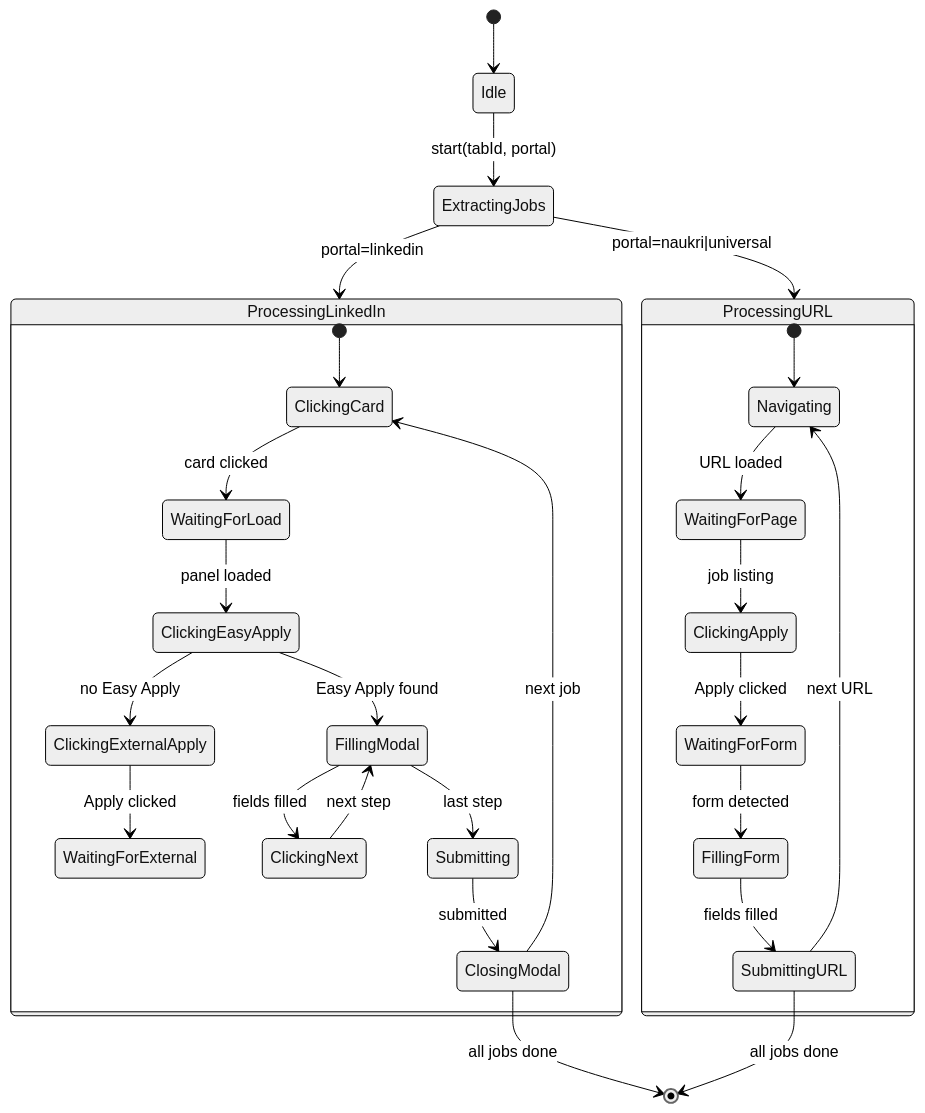
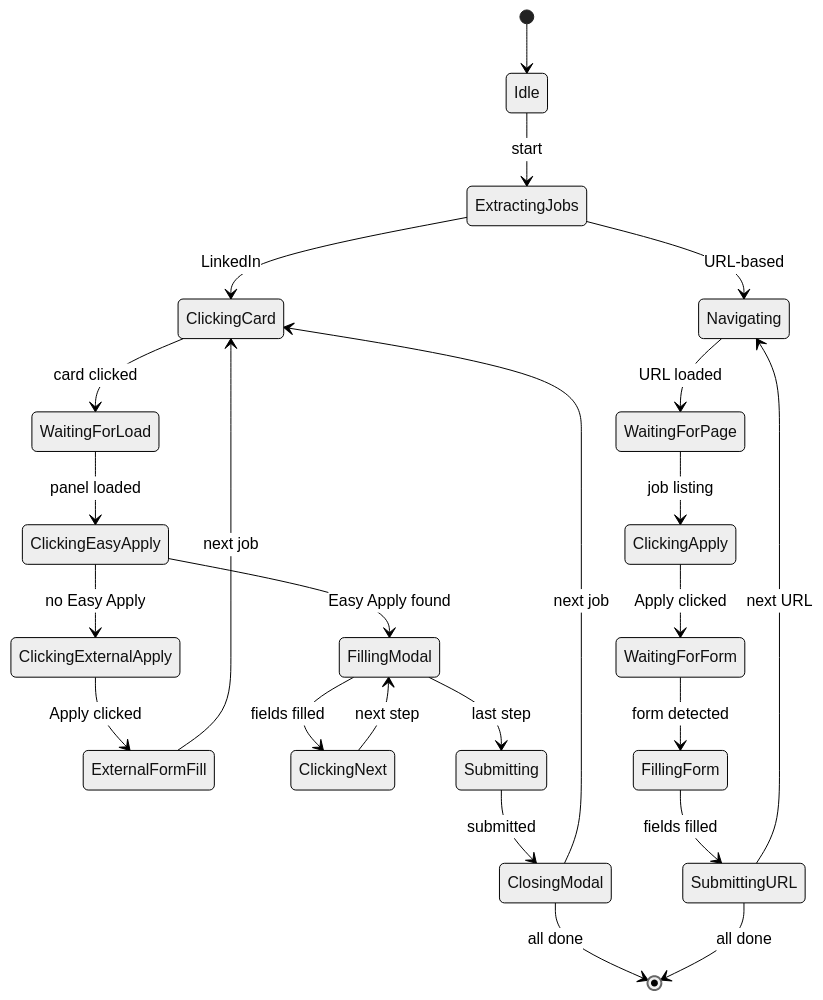
Diagram 11 of 17 in ARCHITECTURE.md (mohd98zaid/-LocalApply-bot), drawn with Mermaid (neutral theme) before and after one commit. The commit also changed other lines of this file, not shown here.

Commit message:
fix: Mermaid diagram syntax issues in ARCHITECTURE.md
- Fix decision node text in chunking flowchart (missing operator, br tags)
- Flatten nested stateDiagram substates (not supported in most renderers)
- Move edges outside subgraphs where cross-subgraph edges fail
- Remove unsupported types (number[], blob, array, object) from ER diagrams
- Clean up node labels to avoid special characters

````diff
--- a/ARCHITECTURE.md
+++ b/ARCHITECTURE.md
@@ -369,35 +366,30 @@
 ```mermaid
 stateDiagram-v2
     [*] --> Idle
-    Idle --> ExtractingJobs: start(tabId, portal)
+    Idle --> ExtractingJobs: start
 
-    ExtractingJobs --> ProcessingLinkedIn: portal=linkedin
-    ExtractingJobs --> ProcessingURL: portal=naukri|universal
+    ExtractingJobs --> ClickingCard: LinkedIn
+    ExtractingJobs --> Navigating: URL-based
 
-    state ProcessingLinkedIn {
-        [*] --> ClickingCard
-        ClickingCard --> WaitingForLoad: card clicked
-        WaitingForLoad --> ClickingEasyApply: panel loaded
-        ClickingEasyApply --> FillingModal: Easy Apply found
-        ClickingEasyApply --> ClickingExternalApply: no Easy Apply
-        ClickingExternalApply --> WaitingForExternal: Apply clicked
-        FillingModal --> ClickingNext: fields filled
-        ClickingNext --> FillingModal: next step
-        FillingModal --> Submitting: last step
-        Submitting --> ClosingModal: submitted
-        ClosingModal --> ClickingCard: next job
-    }
+    ClickingCard --> WaitingForLoad: card clicked
+    WaitingForLoad --> ClickingEasyApply: panel loaded
+    ClickingEasyApply --> FillingModal: Easy Apply found
+    ClickingEasyApply --> ClickingExternalApply: no Easy Apply
+    ClickingExternalApply --> ExternalFormFill: Apply clicked
+    FillingModal --> ClickingNext: fields filled
+    ClickingNext --> FillingModal: next step
+    FillingModal --> Submitting: last step
+    Submitting --> ClosingModal: submitted
+    ClosingModal --> ClickingCard: next job
+    ClosingModal --> [*]: all done
 
-    state ProcessingURL {
-        [*] --> Navigating
-        Navigating --> WaitingForPage: URL loaded
-        WaitingForPage --> ClickingApply: job listing
-        ClickingApply --> WaitingForForm: Apply clicked
-        WaitingForForm --> FillingForm: form detected
-        FillingForm --> SubmittingURL: fields filled
-        SubmittingURL --> Navigating: next URL
-    }
+    ExternalFormFill --> ClickingCard: next job
 
-    ClosingModal --> [*]: all jobs done
-    SubmittingURL --> [*]: all jobs done
+    Navigating --> WaitingForPage: URL loaded
+    WaitingForPage --> ClickingApply: job listing
+    ClickingApply --> WaitingForForm: Apply clicked
+    WaitingForForm --> FillingForm: form detected
+    FillingForm --> SubmittingURL: fields filled
+    SubmittingURL --> Navigating: next URL
+    SubmittingURL --> [*]: all done
 ```
````
